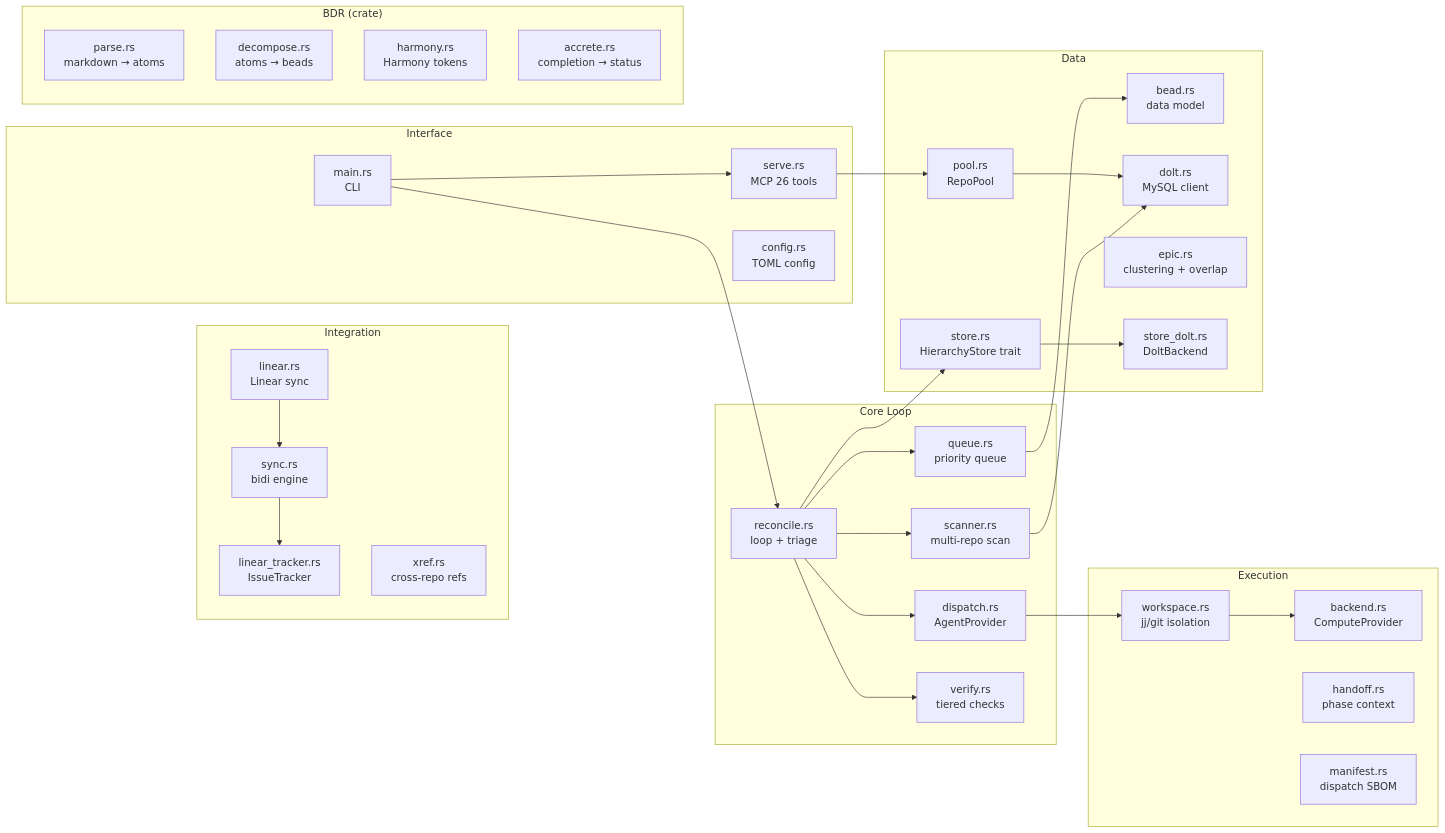
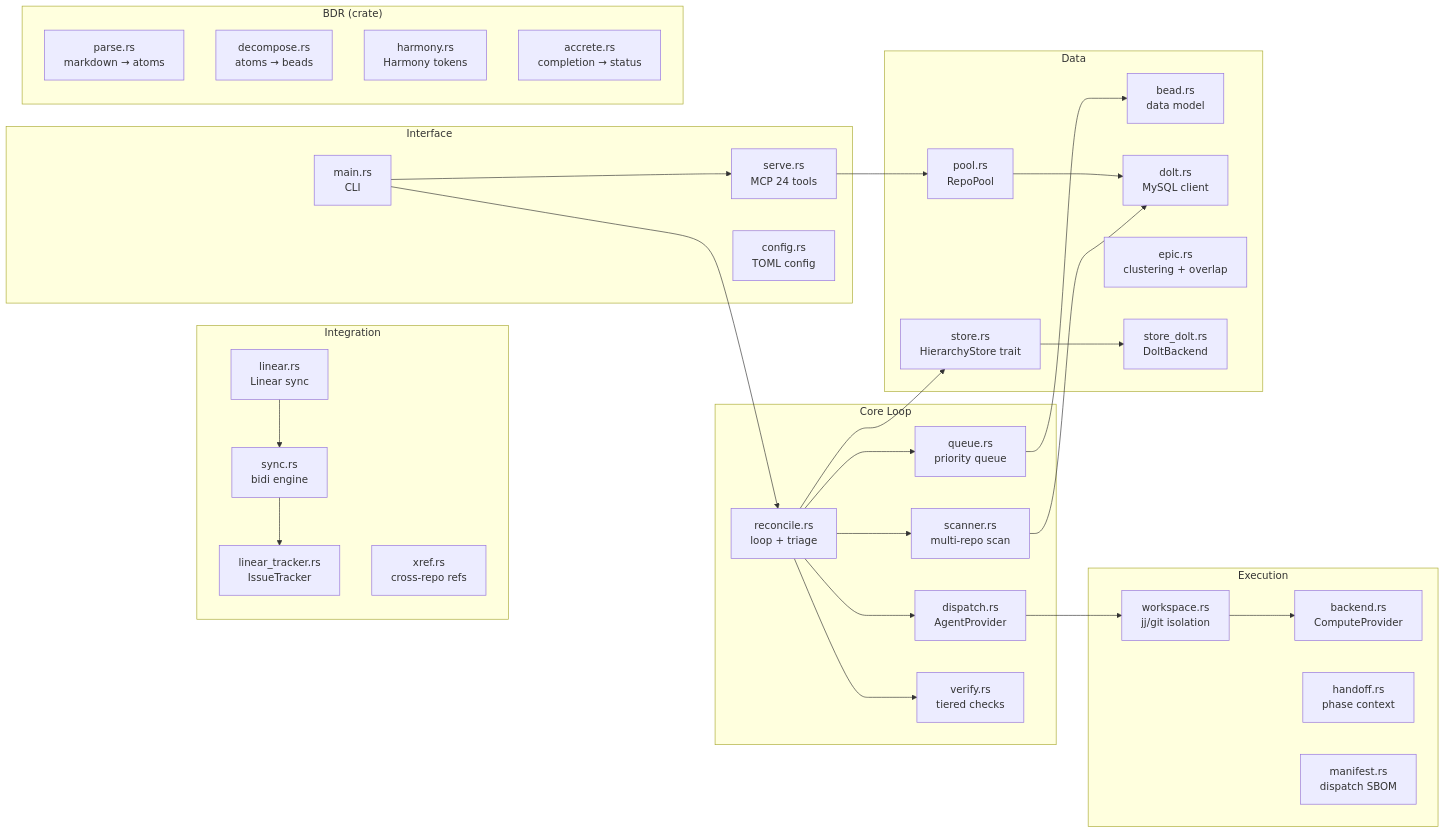
One commit to agentic-research/rosary changed the seventh of 9 diagrams in docs/ARCHITECTURE.md. Above: the diagram before and after it, drawn with Mermaid. The commit also changed 2 other files, not shown here.

Commit message:
bead:rosary-20a61c fix(docs): correct MCP tool count from 26 to 24 (#31)
tool_definitions() in serve/tools.rs has 24 entries. Updated all
references in CLAUDE.md, README.md, and docs/ARCHITECTURE.md.

closes bead:rosary-20a61c

````diff
--- a/docs/ARCHITECTURE.md
+++ b/docs/ARCHITECTURE.md
@@ -182,55 +182,55 @@
 ```mermaid
 graph LR
     subgraph "Core Loop"
         reconcile["reconcile.rs<br/>loop + triage"]
         scanner["scanner.rs<br/>multi-repo scan"]
         queue["queue.rs<br/>priority queue"]
         dispatch["dispatch.rs<br/>AgentProvider"]
         verify["verify.rs<br/>tiered checks"]
     end
 
     subgraph "Execution"
         workspace["workspace.rs<br/>jj/git isolation"]
         backend["backend.rs<br/>ComputeProvider"]
         handoff["handoff.rs<br/>phase context"]
         manifest["manifest.rs<br/>dispatch SBOM"]
     end
 
     subgraph "Data"
         bead["bead.rs<br/>data model"]
         dolt["dolt.rs<br/>MySQL client"]
         pool["pool.rs<br/>RepoPool"]
         epic["epic.rs<br/>clustering + overlap"]
         store["store.rs<br/>HierarchyStore trait"]
         store_dolt["store_dolt.rs<br/>DoltBackend"]
     end
 
     subgraph "Integration"
         linear["linear.rs<br/>Linear sync"]
         linear_tracker["linear_tracker.rs<br/>IssueTracker"]
         sync["sync.rs<br/>bidi engine"]
         xref["xref.rs<br/>cross-repo refs"]
     end
 
     subgraph "Interface"
         main["main.rs<br/>CLI"]
-        serve["serve.rs<br/>MCP 26 tools"]
+        serve["serve.rs<br/>MCP 24 tools"]
         config["config.rs<br/>TOML config"]
     end
 
     subgraph "BDR (crate)"
         bdr_parse["parse.rs<br/>markdown → atoms"]
         bdr_decompose["decompose.rs<br/>atoms → beads"]
         bdr_harmony["harmony.rs<br/>Harmony tokens"]
         bdr_accrete["accrete.rs<br/>completion → status"]
     end
 
     reconcile --> scanner --> dolt
     reconcile --> queue --> bead
     reconcile --> dispatch --> workspace --> backend
     reconcile --> verify
     reconcile --> store --> store_dolt
     serve --> pool --> dolt
     linear --> sync --> linear_tracker
     main --> reconcile & serve
 ```
````
